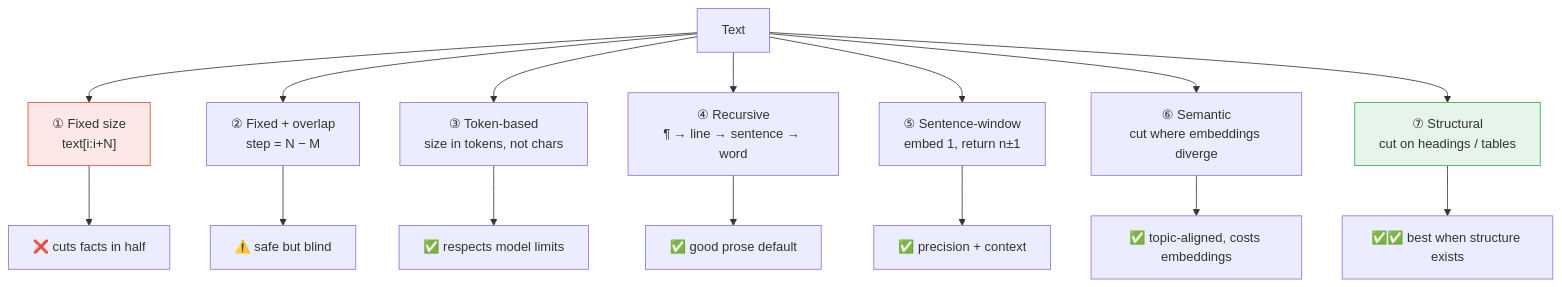
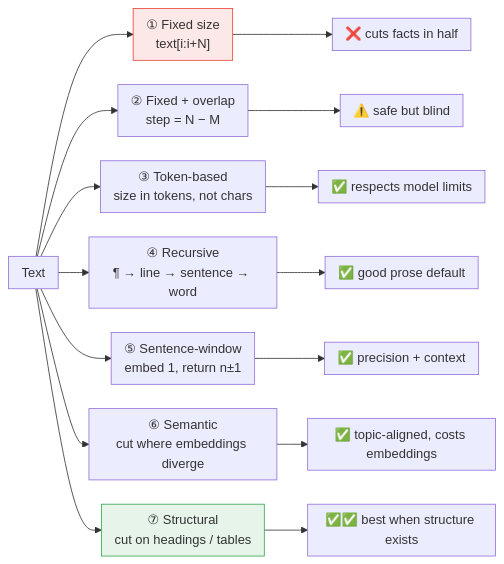
Before and after one commit to fibaneza/public-tmp: the third of 4 diagrams in rag/RAG_Chunking.adoc, drawn with Mermaid. The commit also changed other lines of this file and 19 other files, not shown here.

Commit message:
feat: add RAG observability guide, standardize mermaid diagrams, and update cross-references throughout documentation

```diff
--- a/rag/RAG_Chunking.adoc
+++ b/rag/RAG_Chunking.adoc
@@ -164,22 +166,23 @@
 [mermaid]
 ....
-flowchart TB
+%%{init: {"flowchart": {"nodeSpacing": 30, "rankSpacing": 38, "padding": 8}} }%%
+flowchart LR
     T[Text] --> S1["① Fixed size<br/>text[i:i+N]"]
     T --> S2["② Fixed + overlap<br/>step = N − M"]
     T --> S3["③ Token-based<br/>size in tokens, not chars"]
     T --> S4["④ Recursive<br/>¶ → line → sentence → word"]
     T --> S5["⑤ Sentence-window<br/>embed 1, return n±1"]
     T --> S6["⑥ Semantic<br/>cut where embeddings diverge"]
     T --> S7["⑦ Structural<br/>cut on headings / tables"]
 
     S1 --> B[❌ cuts facts in half]
     S2 --> C[⚠️ safe but blind]
     S3 --> D[✅ respects model limits]
     S4 --> E[✅ good prose default]
     S5 --> F[✅ precision + context]
     S6 --> G[✅ topic-aligned, costs embeddings]
     S7 --> H[✅✅ best when structure exists]
 
     style S1 fill:#fce8e6,stroke:#ea4335
     style S7 fill:#e6f4ea,stroke:#34a853
 ....
```
